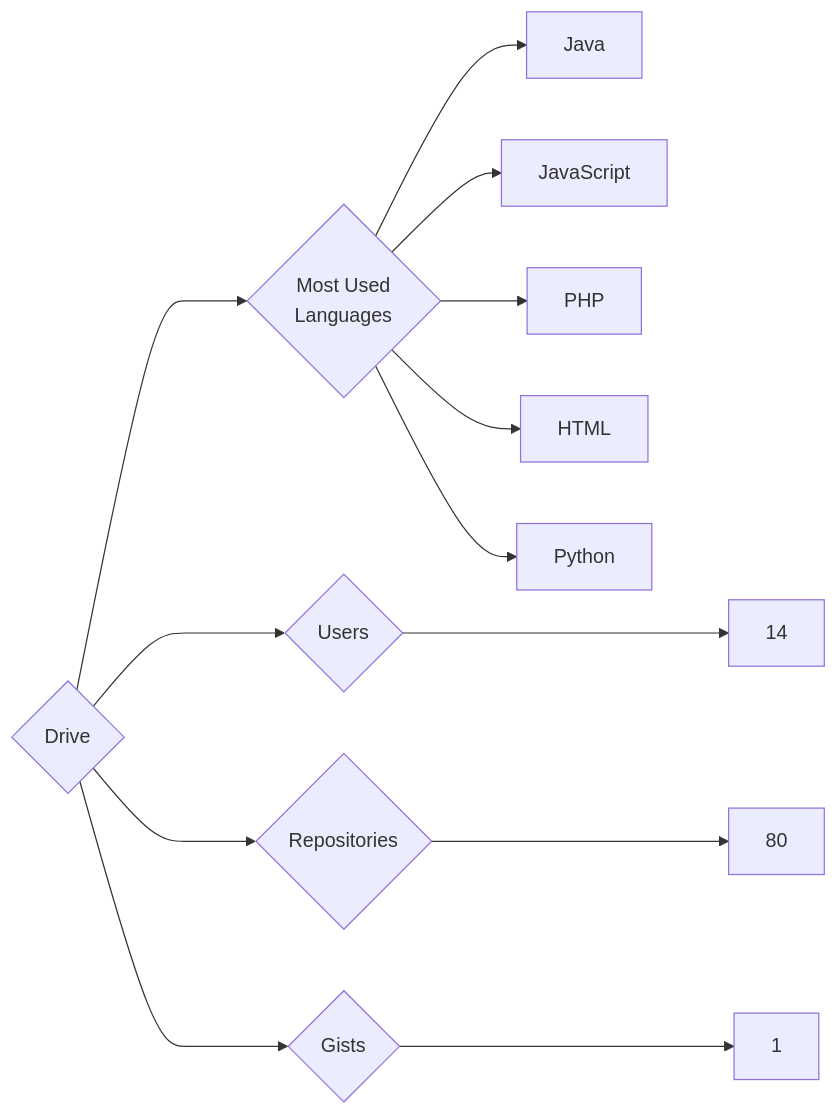
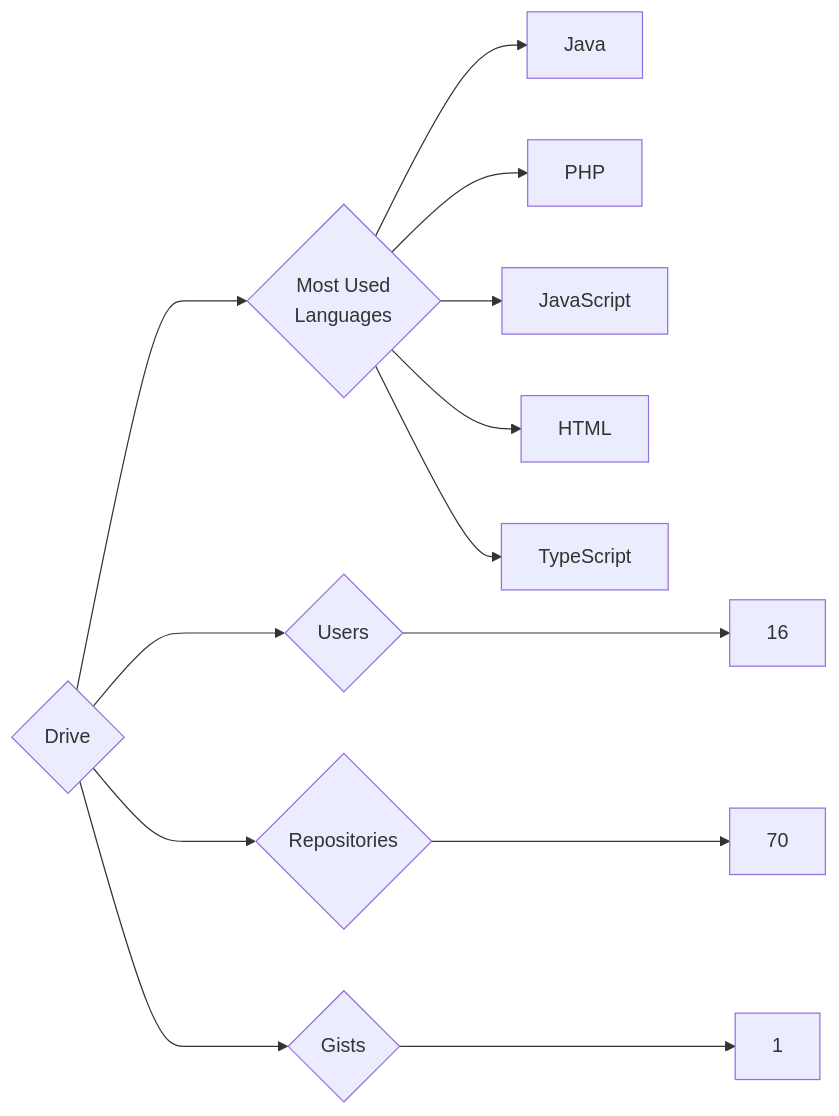
One commit to trickest/insiders changed the diagram in targets/Drive/README.md. Above: the diagram before and after it, drawn with Mermaid. The commit also changed 715 other files, not shown here.

````diff
--- a/targets/Drive/README.md
+++ b/targets/Drive/README.md
@@ -3,13 +3,13 @@
 ```mermaid
 graph LR
 COMPANY_NAME{Drive}
-COMPANY_NAME ---> U{Users} ---> UN[14]
-COMPANY_NAME ---> R{Repositories} ---> RN[80]
+COMPANY_NAME ---> U{Users} ---> UN[16]
+COMPANY_NAME ---> R{Repositories} ---> RN[70]
 COMPANY_NAME ---> G{Gists} ---> GN[1]
 COMPANY_NAME ---> ML{Most Used<br>Languages}
 ML --> Java[Java]
+ML --> PHP[PHP]
 ML --> JavaScript[JavaScript]
-ML --> PHP[PHP]
 ML --> HTML[HTML]
-ML --> Python[Python]
+ML --> TypeScript[TypeScript]
 ```
````
